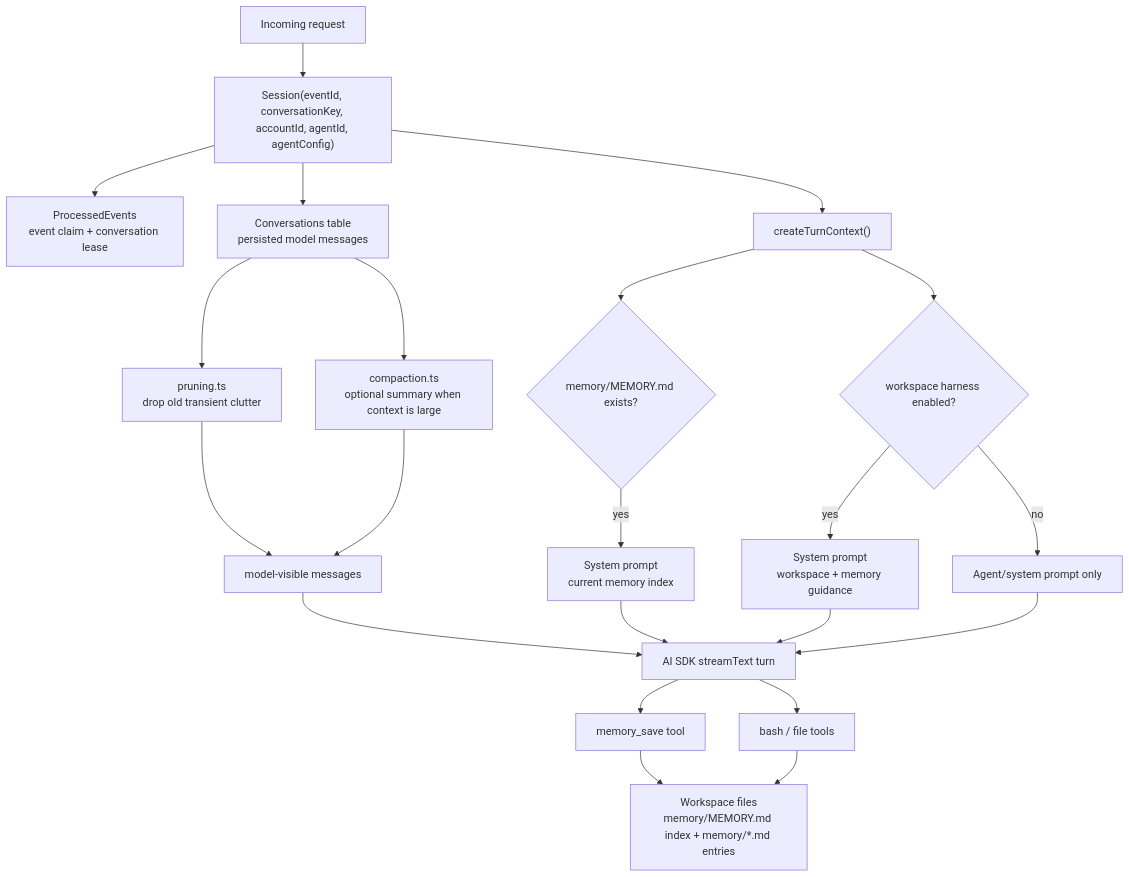
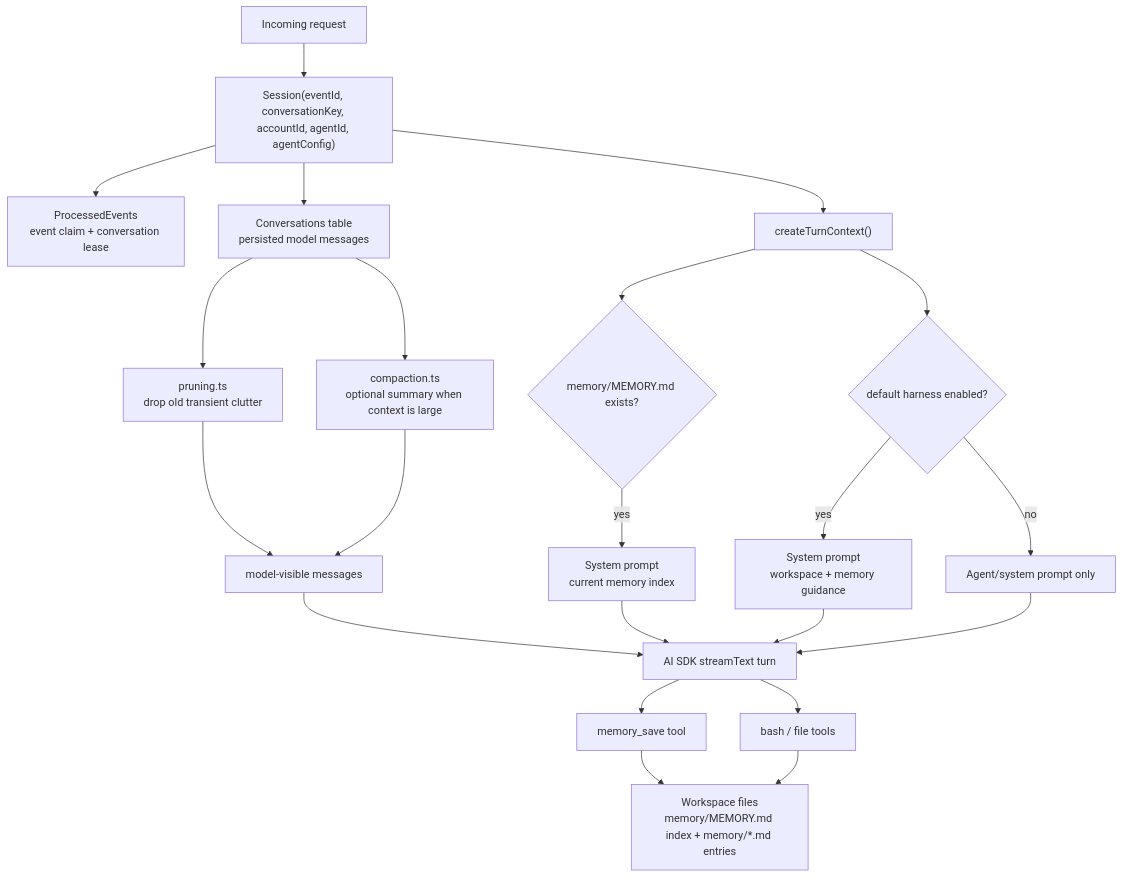
One commit to beeblastco/broods changed the first of 3 diagrams in apps/docs/docs/workspace/memory-and-session.md. Above: the diagram before and after it, drawn with Mermaid. The commit also changed other lines of this file and 3 other files, not shown here.

First line of the commit message:
docs: note that an AI SDK harness suppresses the workspace prompt

````diff
--- a/apps/docs/docs/workspace/memory-and-session.md
+++ b/apps/docs/docs/workspace/memory-and-session.md
@@ -37,24 +37,24 @@
 ```mermaid
 flowchart TD
   Request["Incoming request"] --> Session["Session(eventId, conversationKey, accountId, agentId, agentConfig)"]
   Session --> Claim["ProcessedEvents<br/>event claim + conversation lease"]
   Session --> History["Conversations table<br/>persisted model messages"]
   Session --> Context["createTurnContext()"]
   Context --> Memory{"memory/MEMORY.md exists?"}
   Memory -->|"yes"| MemoryPrompt["System prompt<br/>current memory index"]
-  Context --> HarnessPrompt{"workspace harness enabled?"}
+  Context --> HarnessPrompt{"default harness enabled?"}
   HarnessPrompt -->|"yes"| Prompt["System prompt<br/>workspace + memory guidance"]
   HarnessPrompt -->|"no"| Custom["Agent/system prompt only"]
   History --> Prune["pruning.ts<br/>drop old transient clutter"]
   History --> Compact["compaction.ts<br/>optional summary when context is large"]
   Prune --> ModelMessages["model-visible messages"]
   Compact --> ModelMessages
   Prompt --> Turn["AI SDK streamText turn"]
   MemoryPrompt --> Turn
   Custom --> Turn
   ModelMessages --> Turn
   Turn --> Save["memory_save tool"]
   Turn --> Bash["bash / file tools"]
   Save --> Files["Workspace files<br/>memory/MEMORY.md index + memory/*.md entries"]
   Bash --> Files
 ```
````
